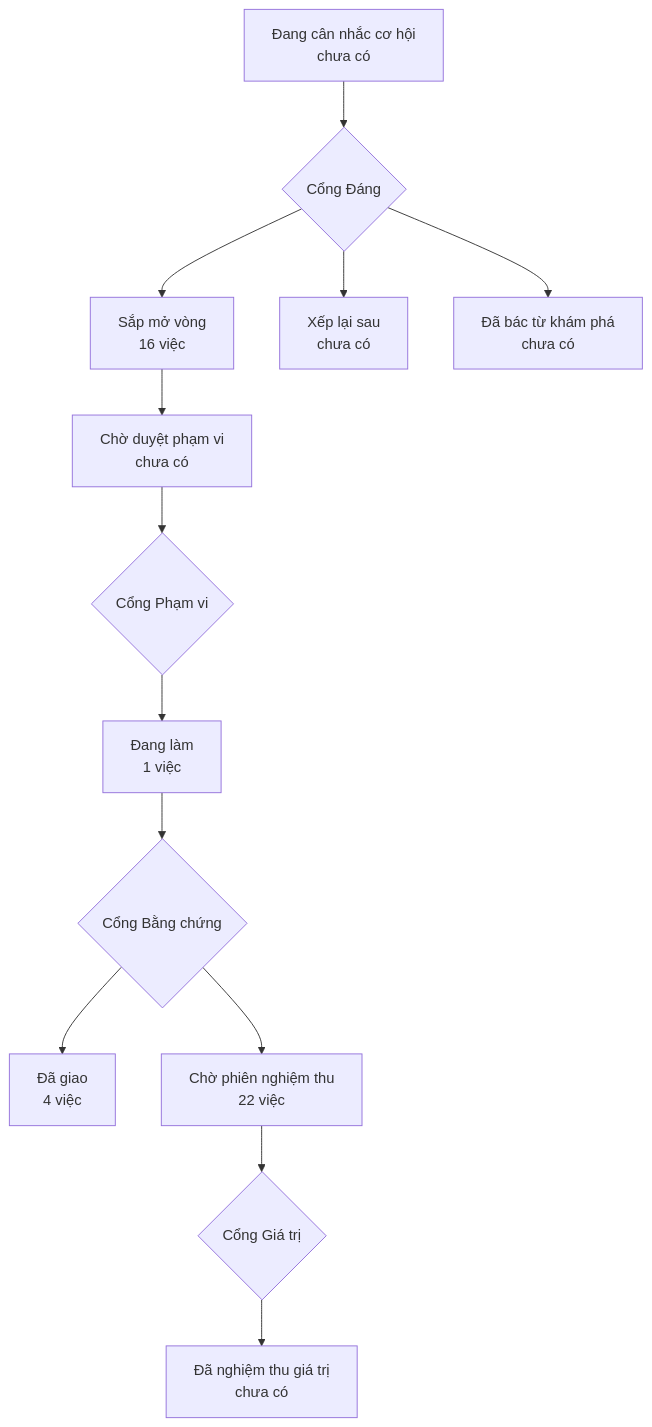
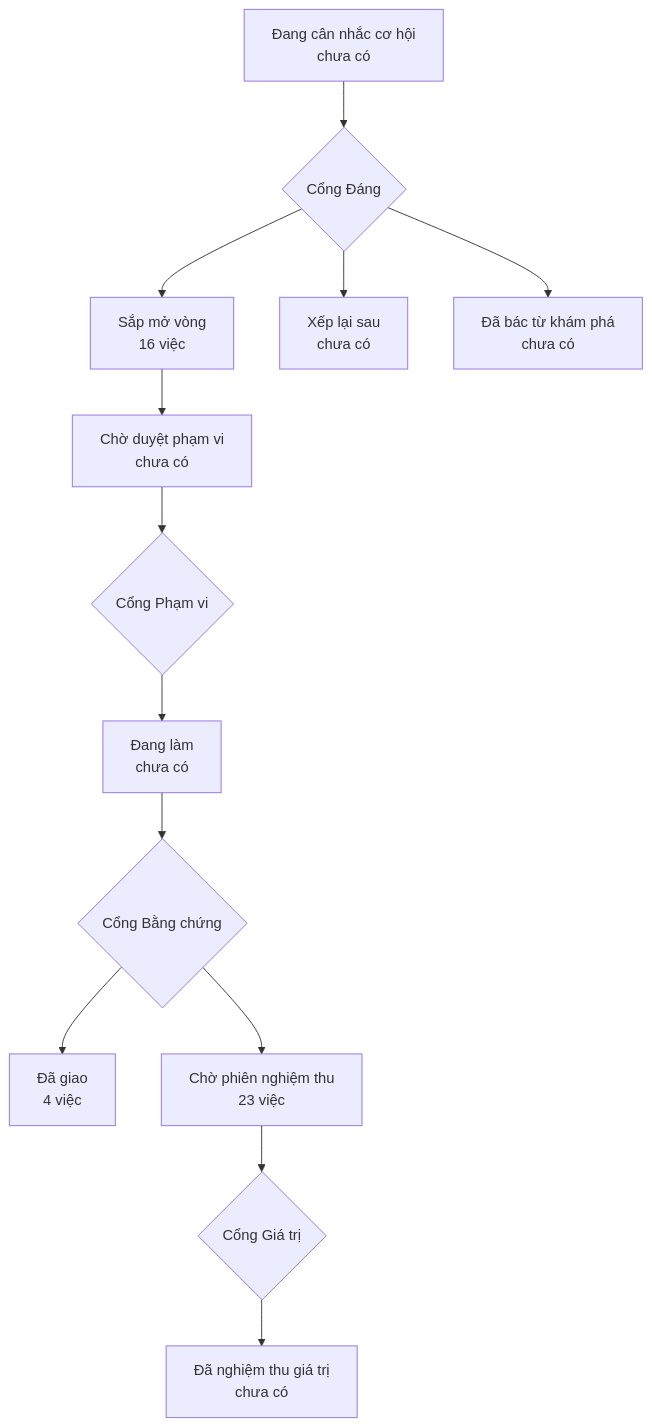
Before and after one commit to phanlemanh/onehub-quy-hang: the diagram in PRODUCT-MAP.md, drawn with Mermaid. The commit also changed other lines of this file and 4 other files, not shown here.

````diff
--- a/PRODUCT-MAP.md
+++ b/PRODUCT-MAP.md
@@ -7,12 +7,12 @@
 ```mermaid
 flowchart TD
   A["Đang cân nhắc cơ hội<br/>chưa có"] --> GD{"Cổng Đáng"}
   GD --> B["Sắp mở vòng<br/>16 việc"]
   GD --> XL["Xếp lại sau<br/>chưa có"]
   GD --> DB["Đã bác từ khám phá<br/>chưa có"]
   B --> CD["Chờ duyệt phạm vi<br/>chưa có"] --> GP{"Cổng Phạm vi"}
-  GP --> DL["Đang làm<br/>1 việc"] --> GB{"Cổng Bằng chứng"}
+  GP --> DL["Đang làm<br/>chưa có"] --> GB{"Cổng Bằng chứng"}
   GB --> DG["Đã giao<br/>4 việc"]
-  GB --> CN["Chờ phiên nghiệm thu<br/>22 việc"] --> GG{"Cổng Giá trị"}
+  GB --> CN["Chờ phiên nghiệm thu<br/>23 việc"] --> GG{"Cổng Giá trị"}
   GG --> NT["Đã nghiệm thu giá trị<br/>chưa có"]
 ```
````
